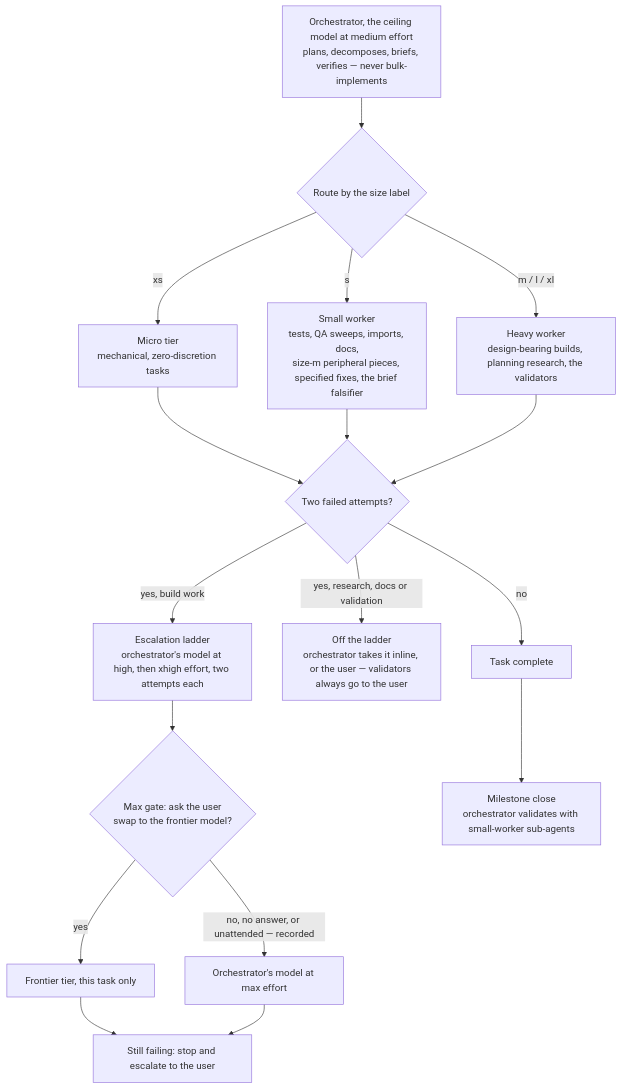
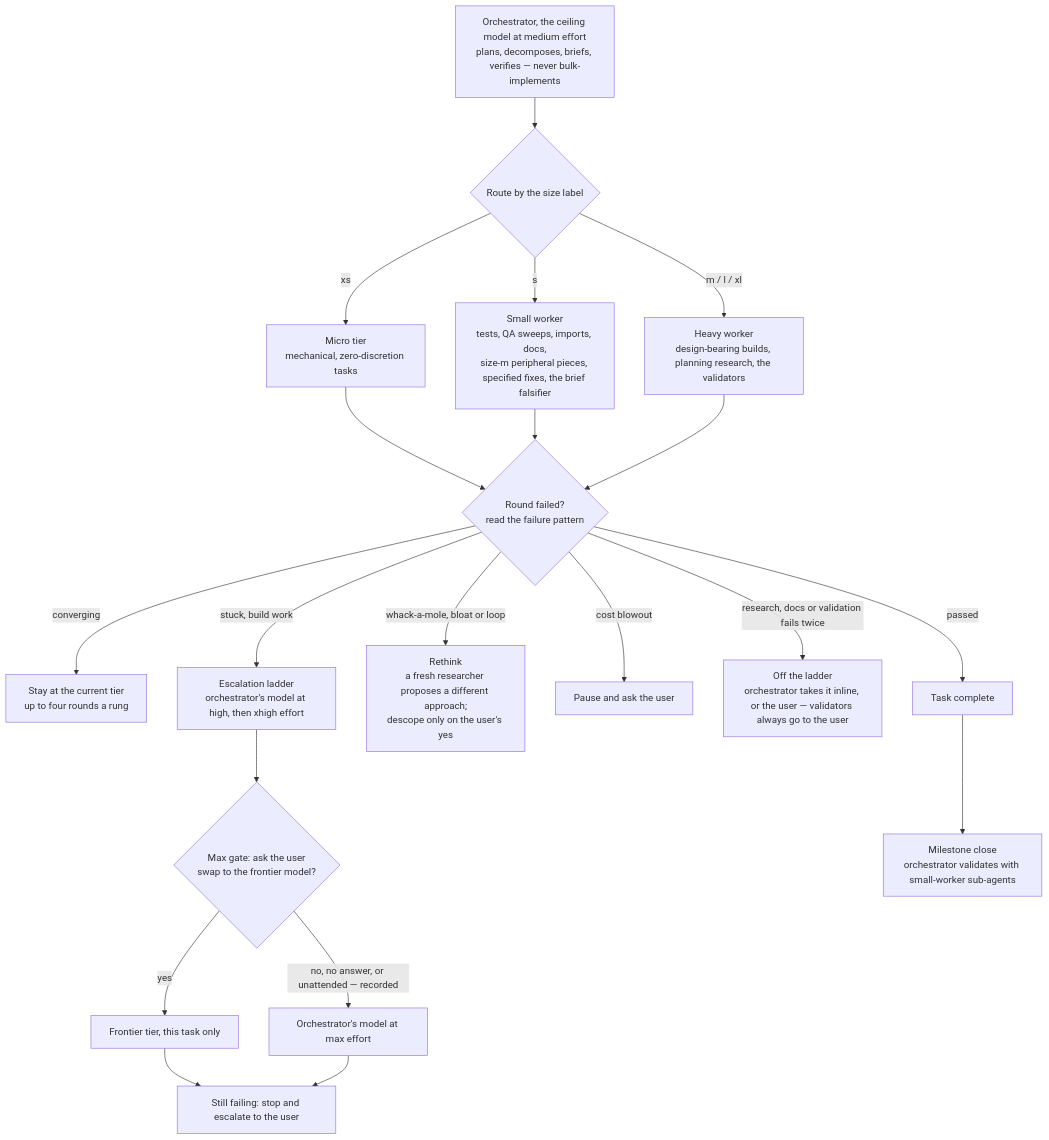
One commit to Zenosyne-Technologies/agent-operating-kit changed the second of 3 diagrams in README.md. Above: the diagram before and after it, drawn with Mermaid. The commit also changed other lines of this file and 17 other files, not shown here.

First line of the commit message:
AOS-158: escalate on failure pattern, not failure count - round signals, precedence, round cap, Rethink step, finding tags, task ledger

````diff
--- a/README.md
+++ b/README.md
@@ -138,19 +138,22 @@
 ```mermaid
 flowchart TD
     O["Orchestrator, the ceiling model at medium effort<br/>plans, decomposes, briefs, verifies — never bulk-implements"] --> R{"Route by the size label"}
     R -->|xs| MI["Micro tier<br/>mechanical, zero-discretion tasks"]
     R -->|s| SM["Small worker<br/>tests, QA sweeps, imports, docs,<br/>size-m peripheral pieces, specified fixes, the brief falsifier"]
     R -->|m / l / xl| HV["Heavy worker<br/>design-bearing builds, planning research, the validators"]
-    MI --> X{"Two failed attempts?"}
+    MI --> X{"Round failed?<br/>read the failure pattern"}
     SM --> X
     HV --> X
-    X -->|yes, build work| EH["Escalation ladder<br/>orchestrator's model at high, then xhigh effort, two attempts each"]
-    X -->|yes, research, docs or validation| OL["Off the ladder<br/>orchestrator takes it inline, or the user — validators always go to the user"]
-    X -->|no| DN["Task complete"]
+    X -->|converging| SR["Stay at the current tier<br/>up to four rounds a rung"]
+    X -->|stuck, build work| EH["Escalation ladder<br/>orchestrator's model at high, then xhigh effort"]
+    X -->|whack-a-mole, bloat or loop| RT["Rethink<br/>a fresh researcher proposes a different approach;<br/>descope only on the user's yes"]
+    X -->|cost blowout| PA["Pause and ask the user"]
+    X -->|research, docs or validation fails twice| OL["Off the ladder<br/>orchestrator takes it inline, or the user — validators always go to the user"]
+    X -->|passed| DN["Task complete"]
     EH --> MG{"Max gate: ask the user<br/>swap to the frontier model?"}
     MG -->|yes| EF["Frontier tier, this task only"]
     MG -->|no, no answer, or unattended — recorded| EM["Orchestrator's model at max effort"]
     EF --> ST["Still failing: stop and escalate to the user"]
     EM --> ST
     DN --> MS["Milestone close<br/>orchestrator validates with small-worker sub-agents"]
 ```
````
